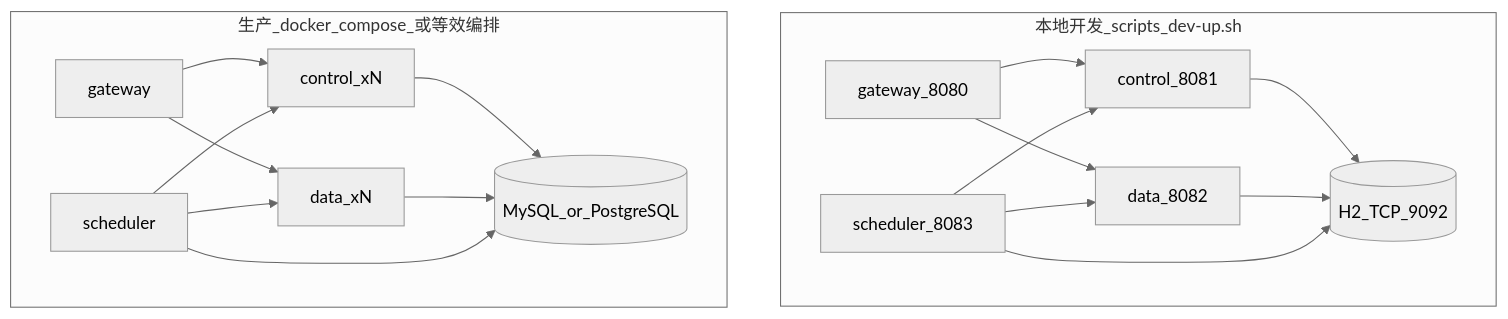
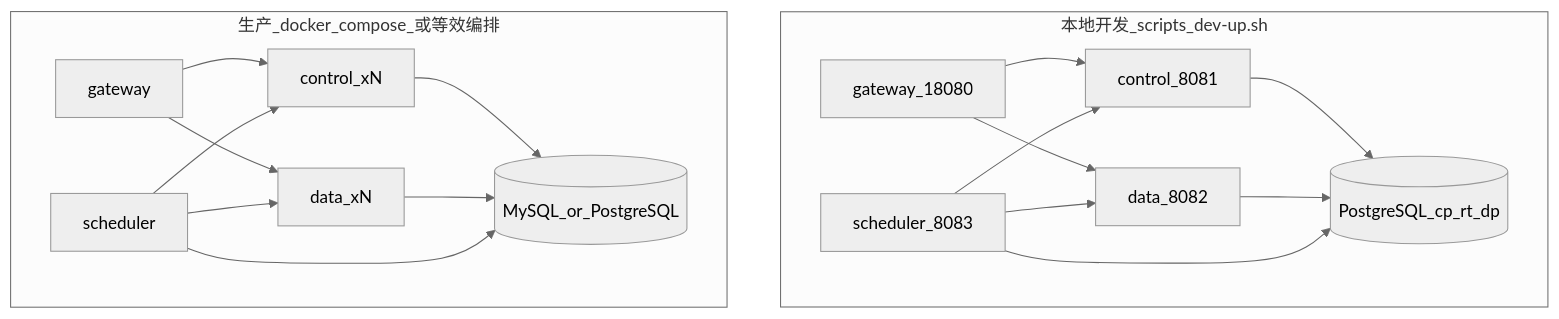
One commit to agentscope-ai-java/agentscope-java changed the diagram in agentscope-service/docs/managed_agents/guide/13-operations.md. Above: the diagram before and after it, drawn with Mermaid (neutral theme). The commit also changed other lines of this file and 2079 other files, not shown here.

````diff
--- a/agentscope-service/docs/managed_agents/guide/13-operations.md
+++ b/agentscope-service/docs/managed_agents/guide/13-operations.md
@@ -14,21 +14,21 @@
 ```mermaid
 flowchart TB
   subgraph local [本地开发_scripts_dev-up.sh]
-    GW1[gateway_8080] --> CP1[control_8081]
+    GW1[gateway_18080] --> CP1[control_8081]
     GW1 --> DP1[data_8082]
     SCH1[scheduler_8083] --> CP1
     SCH1 --> DP1
-    CP1 --> H2[(H2_TCP_9092)]
-    DP1 --> H2
-    SCH1 --> H2
+    CP1 --> PG1[(PostgreSQL_cp_rt_dp)]
+    DP1 --> PG1
+    SCH1 --> PG1
   end
   subgraph prod [生产_docker_compose_或等效编排]
     GW2[gateway] --> CP2[control_xN]
     GW2 --> DP2[data_xN]
     SCH2[scheduler] --> CP2
     SCH2 --> DP2
     CP2 --> DB[(MySQL_or_PostgreSQL)]
     DP2 --> DB
     SCH2 --> DB
   end
 ```
````
